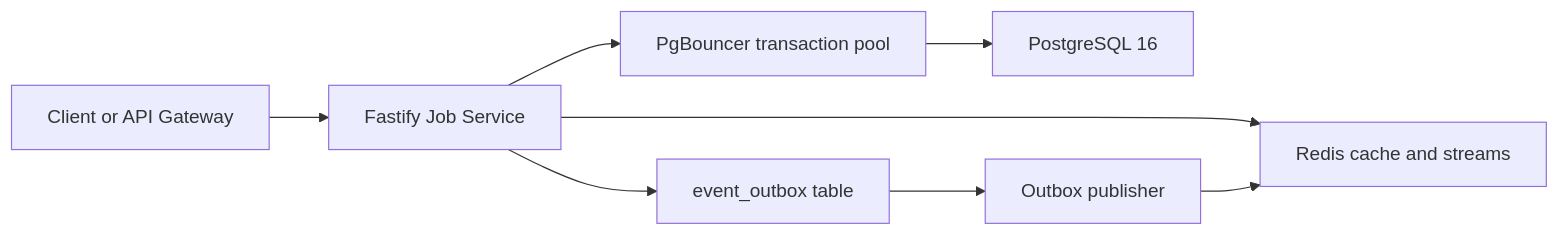
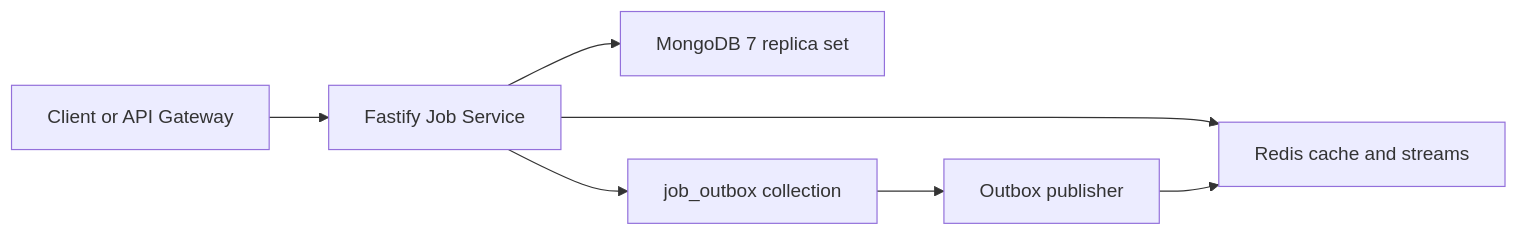
One commit to zgid123/master-project-advanced-database changed the diagram in workspaces/job-service/docs/results-template.md. Above: the diagram before and after it, drawn with Mermaid. The commit also changed other lines of this file and 39 other files, not shown here.

First line of the commit message:
refactor: migrate job service to MongoDB and update job types (#43)

````diff
--- a/workspaces/job-service/docs/results-template.md
+++ b/workspaces/job-service/docs/results-template.md
@@ -9,10 +9,9 @@
 ```mermaid
 flowchart LR
   Client["Client or API Gateway"] --> JobService["Fastify Job Service"]
-  JobService --> PgBouncer["PgBouncer transaction pool"]
-  PgBouncer --> Postgres["PostgreSQL 16"]
+  JobService --> Mongo["MongoDB 7 replica set"]
   JobService --> Redis["Redis cache and streams"]
-  JobService --> Outbox["event_outbox table"]
+  JobService --> Outbox["job_outbox collection"]
   Outbox --> Publisher["Outbox publisher"]
   Publisher --> Redis
 ```
````
